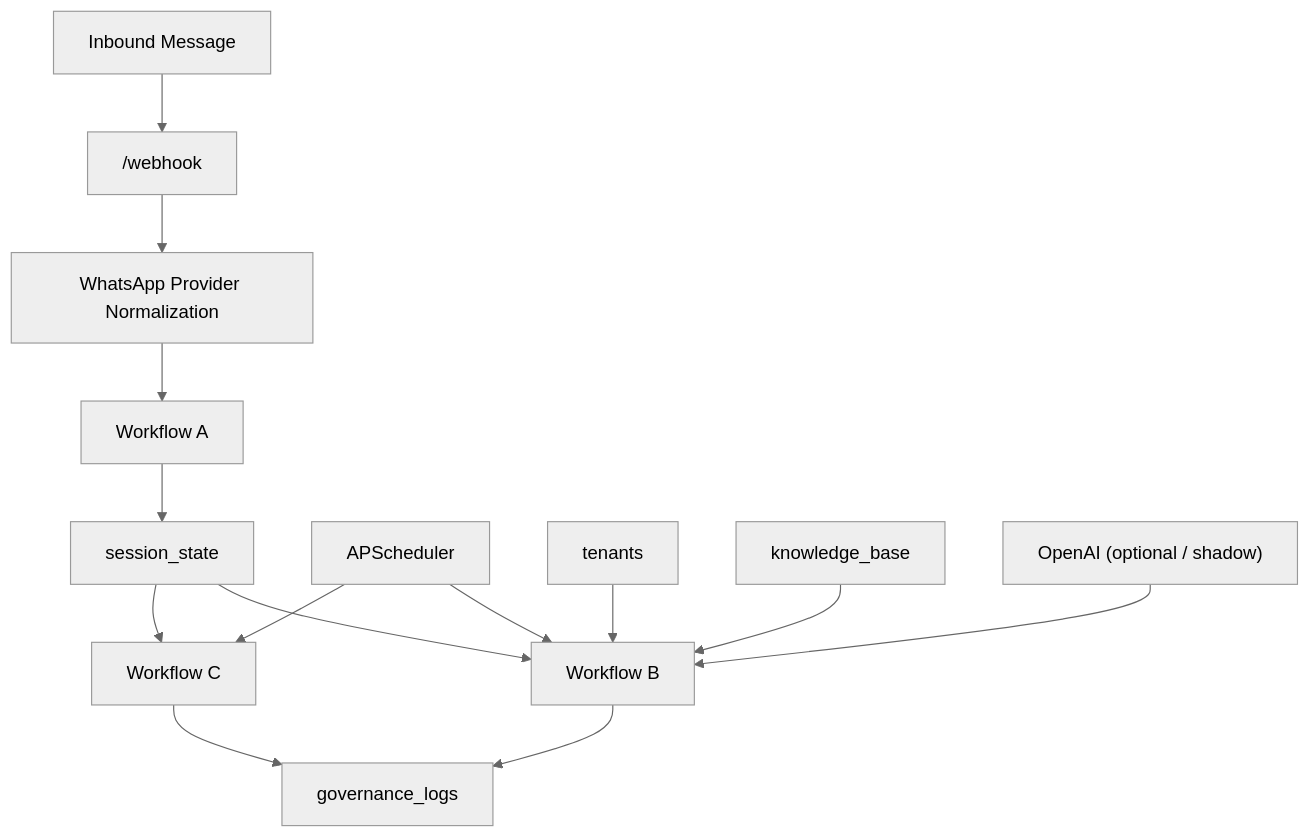
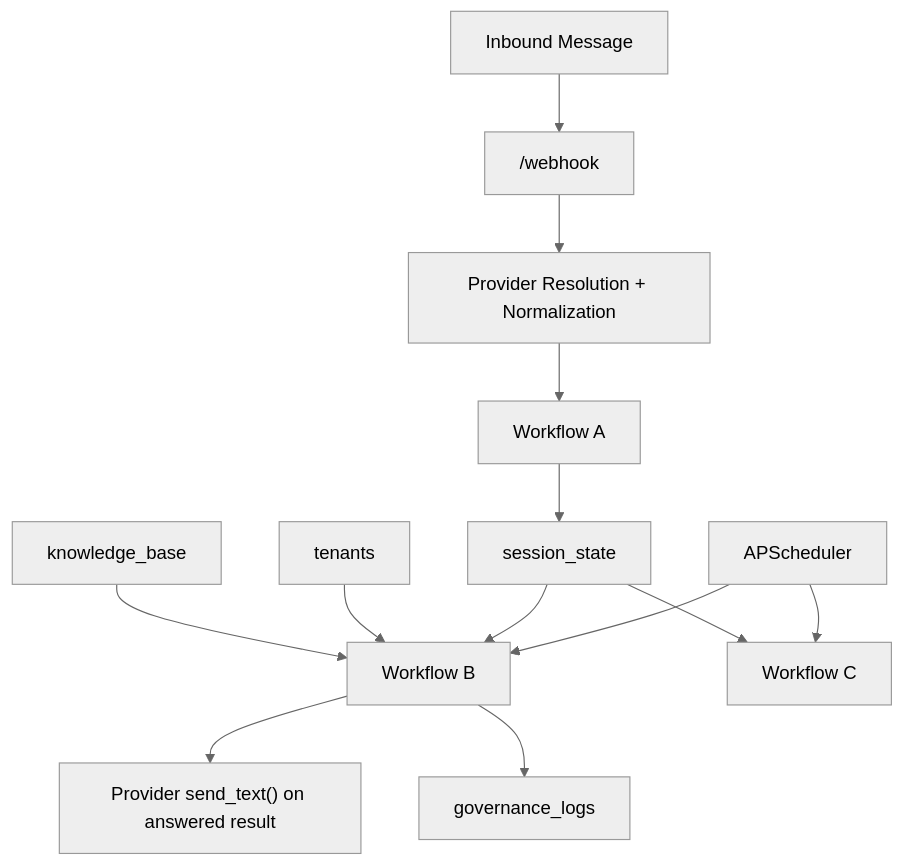
One commit to svmp-systems/SVMP-CS changed the diagram in system_architecture.md. Above: the diagram before and after it, drawn with Mermaid (neutral theme). The commit also changed other lines of this file and 3 other files, not shown here.

````diff
--- a/system_architecture.md
+++ b/system_architecture.md
@@ -55,16 +56,15 @@
 ```mermaid
 flowchart TD
     A["Inbound Message"] --> B["/webhook"]
-    B --> C["WhatsApp Provider Normalization"]
+    B --> C["Provider Resolution + Normalization"]
     C --> D["Workflow A"]
     D --> E["session_state"]
     F["APScheduler"] --> G["Workflow B"]
     E --> G
     H["tenants"] --> G
     I["knowledge_base"] --> G
-    J["OpenAI (optional / shadow)"] --> G
+    G --> J["Provider send_text() on answered result"]
     G --> K["governance_logs"]
     F --> L["Workflow C"]
     E --> L
-    L --> K
 ```
````
